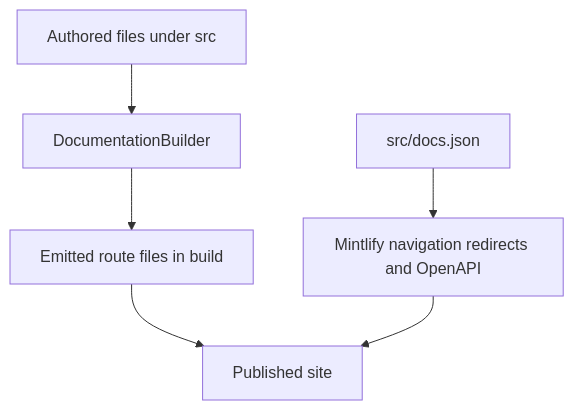
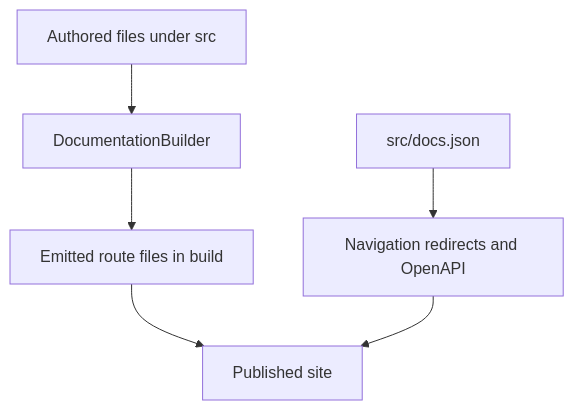
Before and after one commit to langchain-ai/docs: the diagram in openwiki/architecture/source-map.md, drawn with Mermaid. The commit also changed other lines of this file and 25 other files, not shown here.

````diff
--- a/openwiki/architecture/source-map.md
+++ b/openwiki/architecture/source-map.md
@@ -54,8 +37,8 @@
 ```mermaid
 flowchart TD
     Authored["Authored files under src"] --> Builder["DocumentationBuilder"]
     Builder --> Routes["Emitted route files in build"]
-    Config["src/docs.json"] --> Navigation["Mintlify navigation redirects and OpenAPI"]
+    Config["src/docs.json"] --> Mintlify["Navigation redirects and OpenAPI"]
     Routes --> Site["Published site"]
-    Navigation --> Site
+    Mintlify --> Site
 ```
````
